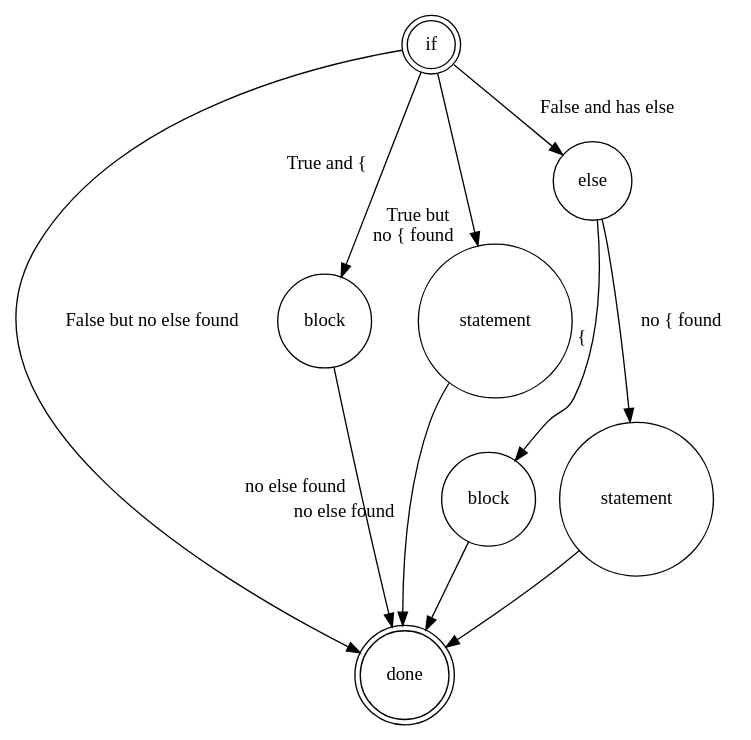
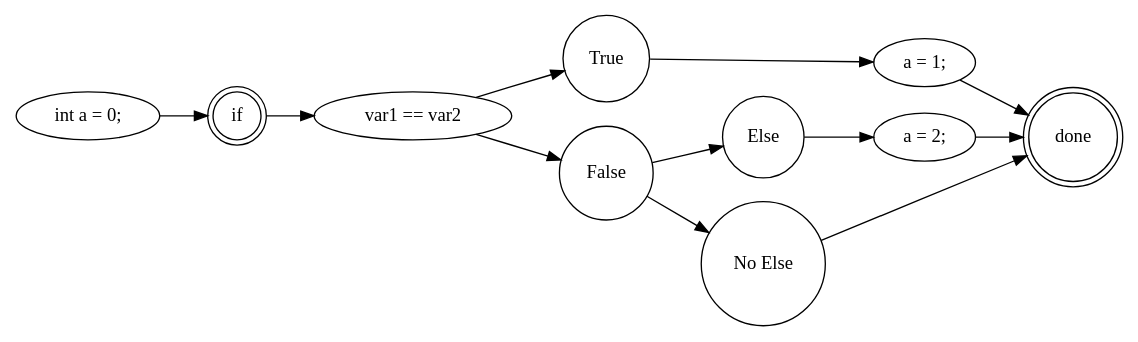
One commit to jeremyhansen/rooksguide-cplusplus changed the diagram in diagrams/if-flow.dot. Above: the diagram before and after it, drawn with Graphviz. The commit also changed 2 other files, not shown here.

Commit message:
Fixing up the diagram for #16, also adding a small digression.

```diff
--- a/diagrams/if-flow.dot
+++ b/diagrams/if-flow.dot
@@ -1,28 +1,40 @@
 digraph ifflow {
 // Created by Levi Schuck
-
-	node [shape=circle];
-	if [shape=doublecircle];
-	done [shape=doublecircle];
-	code2 [label="block"];
-	
-	st2 [label="statement"];
-
+	rankdir=LR;
+	prev[label="int a = 0;"];
+	cond[label="var1 == var2"];
 	subgraph {
 		rank=same;
-		code [label="block"];
-		st [label="statement"];
+		trueexp [label="a = 1;"];
+		falseexp [label="a = 2;"]
 	}
+	node [shape=circle];
+	subgraph {
+		rank=same;
+		if [shape=doublecircle];
+	}
+	subgraph {
+		rank=same;
+		true[label="True"];
+		false[label="False"];
+	}
+	subgraph {
+		rank=same;
+		else [label="Else"];
+		noelse [label="No Else"];
+	}
+	done [shape=doublecircle];
+	prev -> if;
 
-	if -> code [xlabel=" True and {"];
-	if -> st [rotate=90,headlabel=" True but\n no { found  "];
-	else -> code2 [xlabel=" {"];
-	else -> st2 [label=" no { found"];
-	if -> else [label=" False and has else"];
-	if -> done [label=" False but no else found"];
-	code2 -> done;
-	st2 -> done;
-	code -> done [xlabel=" no else found"];
-	st -> done [xlabel=" no else found"];
-	code -> st [style=invis];
+	
+	if -> cond;
+	cond -> true;
+	cond -> false;
+	false -> else;
+	false -> noelse;
+	noelse -> done;
+	true -> trueexp;
+	else -> falseexp;
+	trueexp -> done;
+	falseexp -> done;
 }
```
